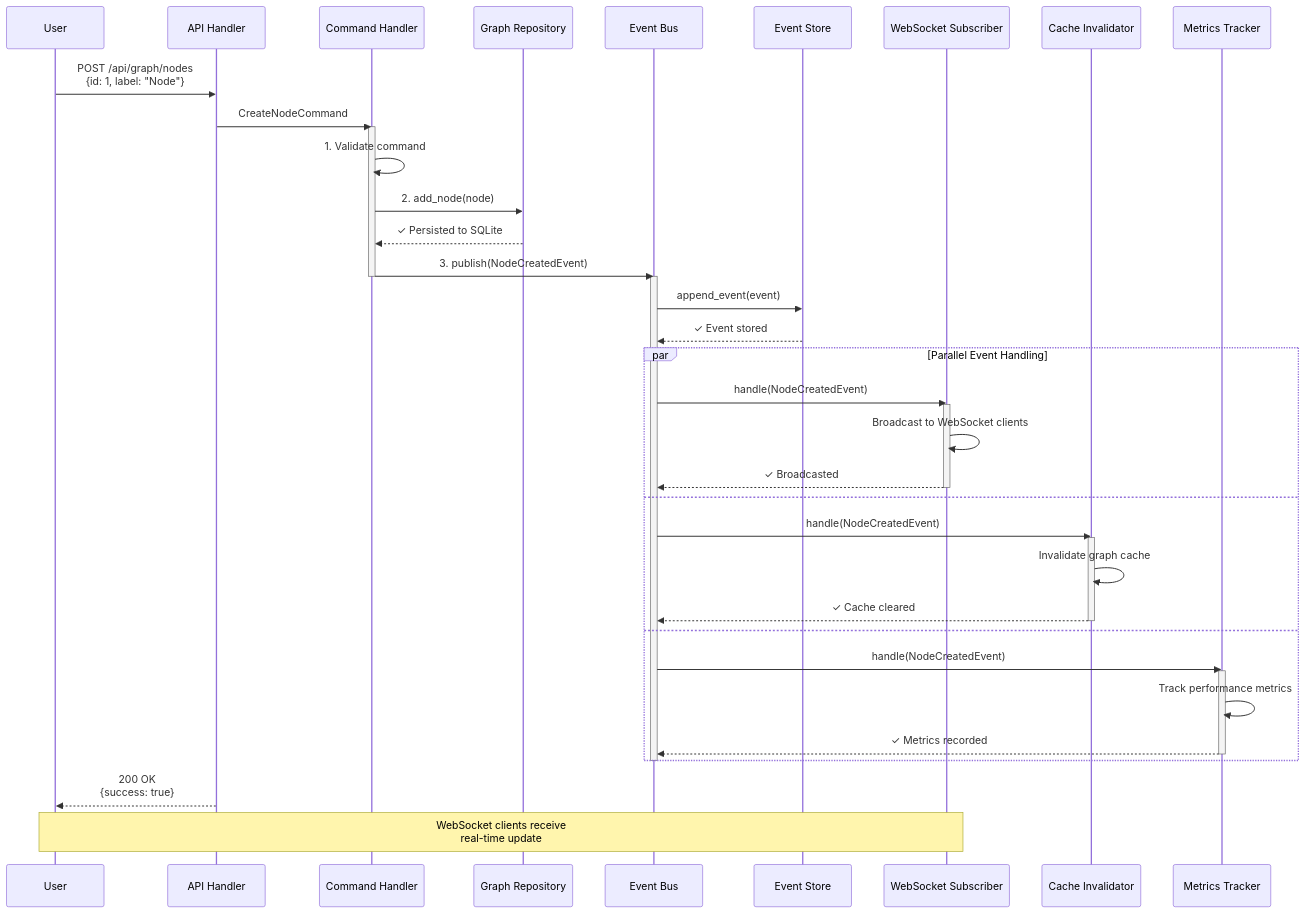
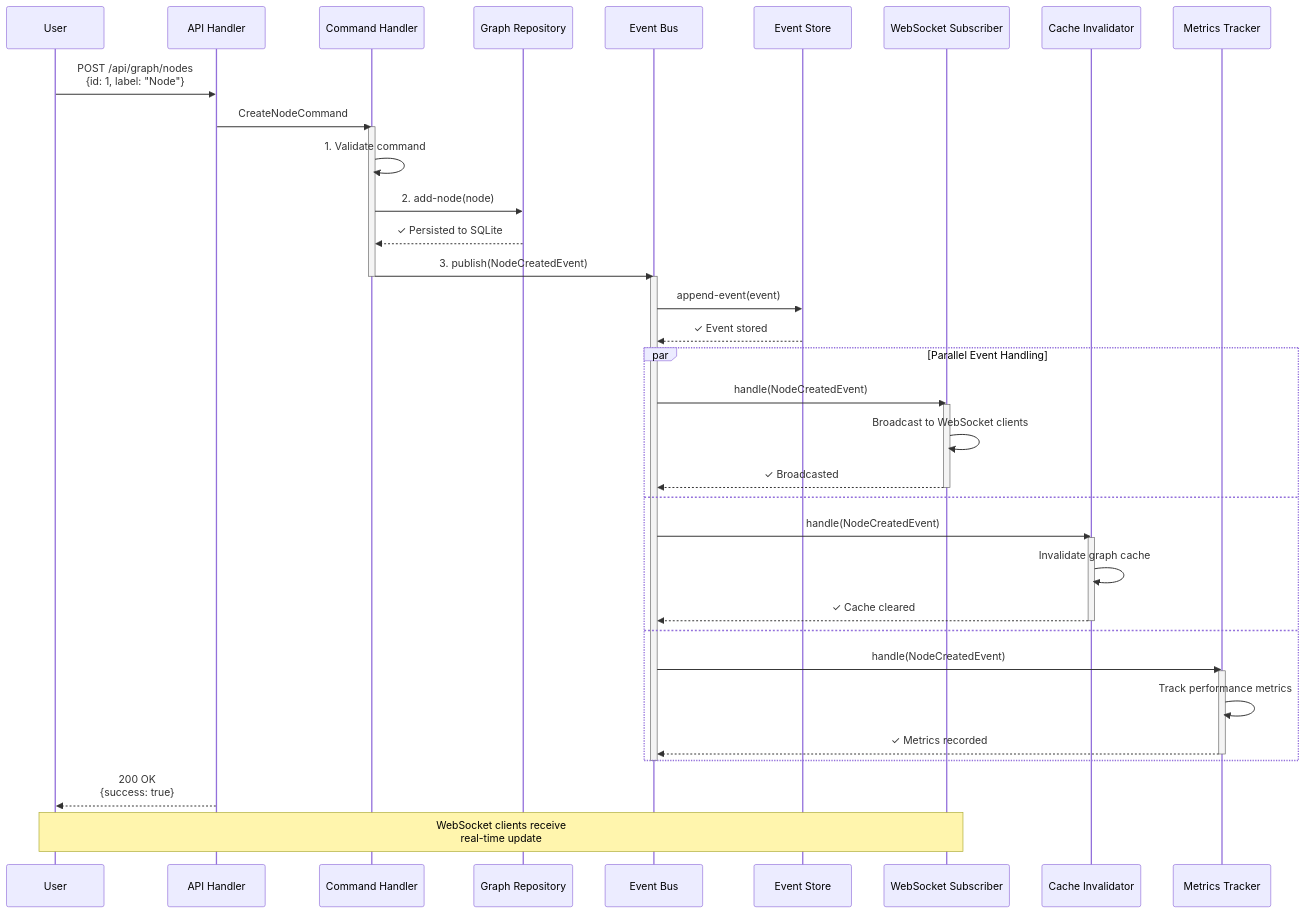
The fifth of 12 diagrams in docs/concepts/architecture/hexagonal-cqrs-architecture.md (DreamLab-AI/VisionFlow), drawn with Mermaid before and after one commit. The commit also changed other lines of this file and 184 other files, not shown here.

````diff
--- a/docs/concepts/architecture/hexagonal-cqrs-architecture.md
+++ b/docs/concepts/architecture/hexagonal-cqrs-architecture.md
@@ -448,52 +448,52 @@
 ```mermaid
 sequenceDiagram
     participant User
     participant API as API Handler
     participant CMD as Command Handler
     participant REPO as Graph Repository
     participant BUS as Event Bus
     participant STORE as Event Store
     participant SUB1 as WebSocket Subscriber
     participant SUB2 as Cache Invalidator
     participant SUB3 as Metrics Tracker
 
     User->>API: POST /api/graph/nodes<br/>{id: 1, label: "Node"}
     API->>CMD: CreateNodeCommand
 
     activate CMD
     CMD->>CMD: 1. Validate command
-    CMD->>REPO: 2. add_node(node)
+    CMD->>REPO: 2. add-node(node)
     REPO-->>CMD: ✓ Persisted to SQLite
 
     CMD->>BUS: 3. publish(NodeCreatedEvent)
     deactivate CMD
 
     activate BUS
-    BUS->>STORE: append_event(event)
+    BUS->>STORE: append-event(event)
     STORE-->>BUS: ✓ Event stored
 
     par Parallel Event Handling
         BUS->>SUB1: handle(NodeCreatedEvent)
         activate SUB1
         SUB1->>SUB1: Broadcast to WebSocket clients
         SUB1-->>BUS: ✓ Broadcasted
         deactivate SUB1
     and
         BUS->>SUB2: handle(NodeCreatedEvent)
         activate SUB2
         SUB2->>SUB2: Invalidate graph cache
         SUB2-->>BUS: ✓ Cache cleared
         deactivate SUB2
     and
         BUS->>SUB3: handle(NodeCreatedEvent)
         activate SUB3
         SUB3->>SUB3: Track performance metrics
         SUB3-->>BUS: ✓ Metrics recorded
         deactivate SUB3
     end
     deactivate BUS
 
     API-->>User: 200 OK<br/>{success: true}
 
     Note over SUB1,User: WebSocket clients receive<br/>real-time update
 ```
````
